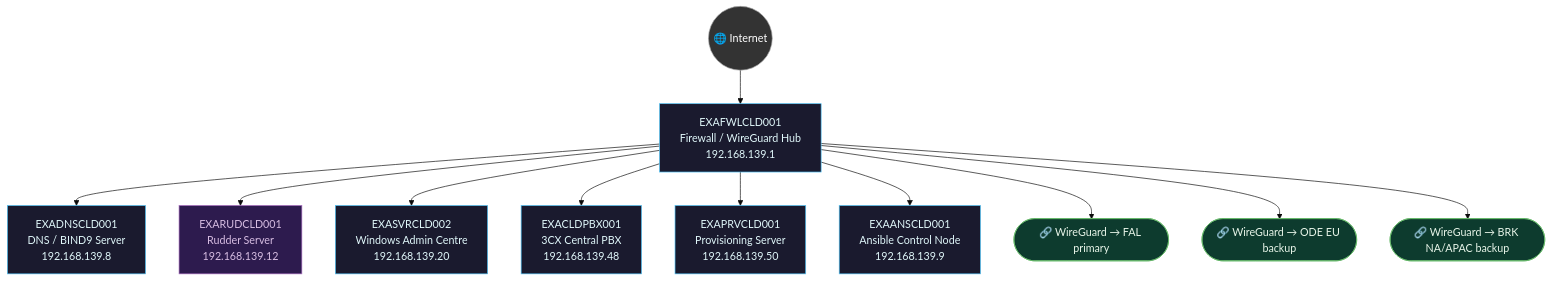
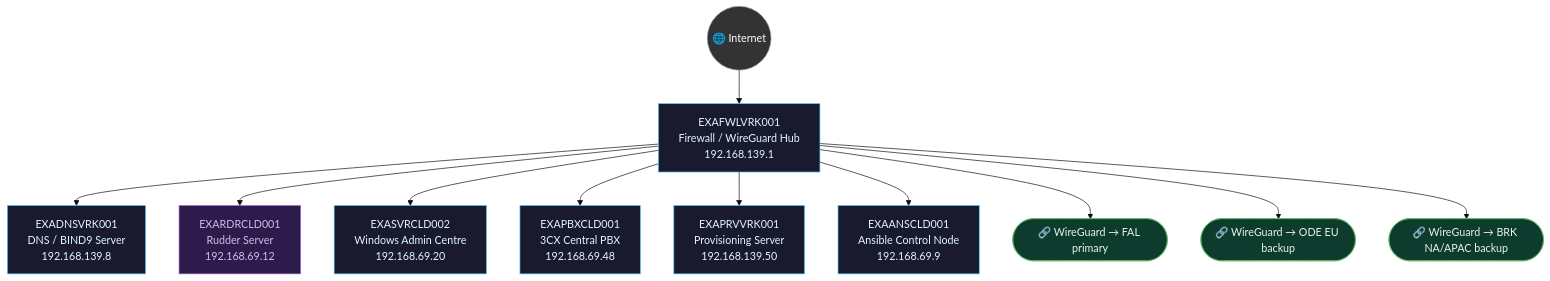
The first of 47 diagrams in docs/network-diagram.md (knightmare2600/example_music_infra), drawn with Mermaid (base theme) before and after one commit. The commit also changed other lines of this file and 9 other files, not shown here.

````diff
--- a/docs/network-diagram.md
+++ b/docs/network-diagram.md
@@ -98,35 +99,35 @@
 ```mermaid
 graph TD
     INET(("🌐 Internet"))
-    FWLCLD["EXAFWLCLD001\nFirewall / WireGuard Hub\n192.168.139.1"]
-    DNS["EXADNSCLD001\nDNS / BIND9 Server\n192.168.139.8"]
-    RUD["EXARUDCLD001\nRudder Server\n192.168.139.12"]
-    WAC["EXASVRCLD002\nWindows Admin Centre\n192.168.139.20"]
-    PBX["EXACLDPBX001\n3CX Central PBX\n192.168.139.48"]
-    PRV["EXAPRVCLD001\nProvisioning Server\n192.168.139.50"]
-    ANS["EXAANSCLD001\nAnsible Control Node\n192.168.139.9"]
+    FWLCLD["EXAFWLVRK001\nFirewall / WireGuard Hub\n192.168.139.1"]
+    DNS["EXADNSVRK001\nDNS / BIND9 Server\n192.168.139.8"]
+    PRV["EXAPRVVRK001\nProvisioning Server\n192.168.139.50"]
+    RUD["EXARDRCLD001\nRudder Server\n192.168.69.12"]
+    WAC["EXASVRCLD002\nWindows Admin Centre\n192.168.69.20"]
+    PBX["EXAPBXCLD001\n3CX Central PBX\n192.168.69.48"]
+    ANS["EXAANSCLD001\nAnsible Control Node\n192.168.69.9"]
 
     VPN_FAL(["🔗 WireGuard → FAL primary"])
     VPN_ODE(["🔗 WireGuard → ODE EU backup"])
     VPN_BRK(["🔗 WireGuard → BRK NA/APAC backup"])
 
     INET --> FWLCLD
     FWLCLD --> DNS
     FWLCLD --> RUD
     FWLCLD --> WAC
     FWLCLD --> PBX
     FWLCLD --> PRV
     FWLCLD --> ANS
     FWLCLD --> VPN_FAL
     FWLCLD --> VPN_ODE
     FWLCLD --> VPN_BRK
 
     classDef server fill:#1a1a2e,stroke:#4fc3f7,color:#e0f7fa
     classDef rudder fill:#2d1b4e,stroke:#a569bd,color:#d7bde2
     classDef vpn fill:#0d3b2e,stroke:#66bb6a,color:#e8f5e9
     classDef inet fill:#333,stroke:#aaa,color:#fff
     class FWLCLD,DNS,WAC,PBX,PRV,ANS server
     class RUD rudder
     class VPN_FAL,VPN_ODE,VPN_BRK vpn
     class INET inet
 ```
````
